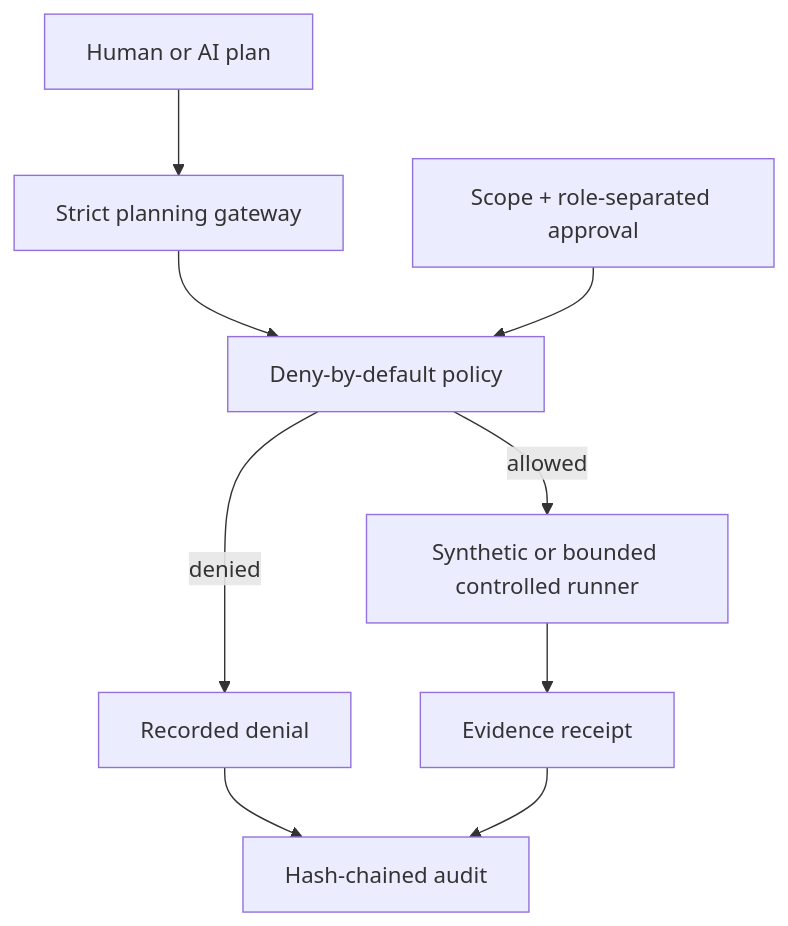
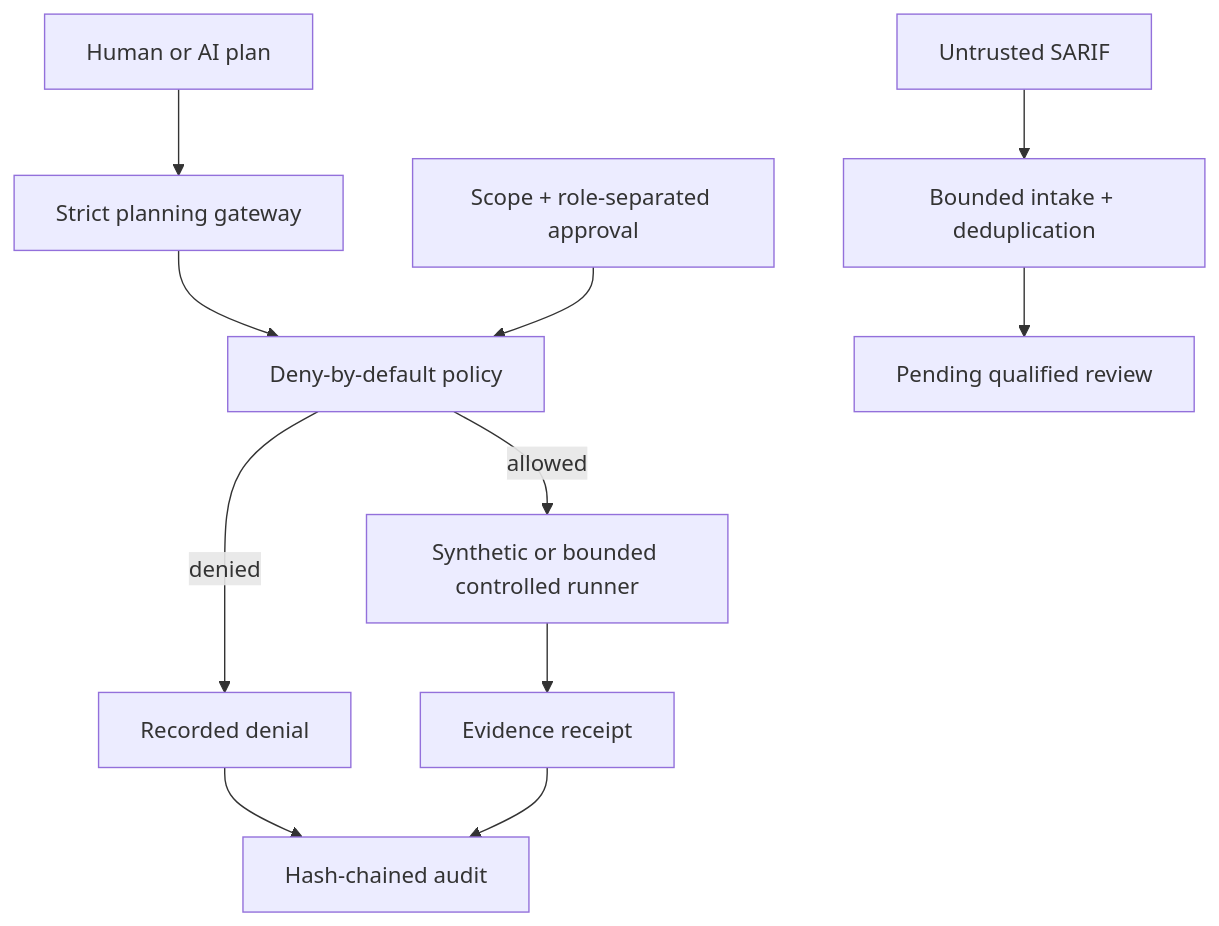
Before and after one commit to bilgekayali/finredops: the diagram in README.md, drawn with Mermaid. The commit also changed other lines of this file and 21 other files, not shown here.

Commit message:
feat: add governed SARIF evidence intake

````diff
--- a/README.md
+++ b/README.md
@@ -31,11 +32,13 @@
 ```mermaid
 flowchart TD
     A["Human or AI plan"] --> B["Strict planning gateway"]
     B --> C["Deny-by-default policy"]
     D["Scope + role-separated approval"] --> C
     C -->|allowed| E["Synthetic or bounded controlled runner"]
     C -->|denied| F["Recorded denial"]
     E --> G["Evidence receipt"]
     F --> H["Hash-chained audit"]
     G --> H
+    I["Untrusted SARIF"] --> J["Bounded intake + deduplication"]
+    J --> K["Pending qualified review"]
 ```
````
